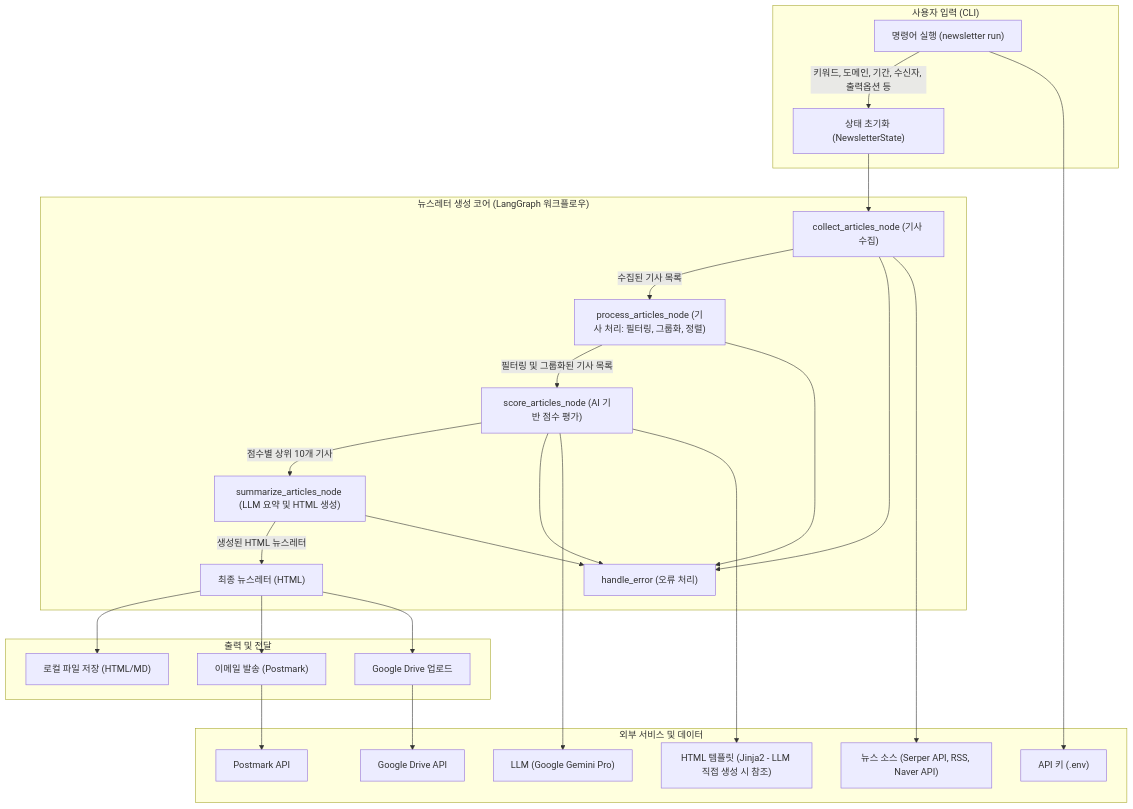
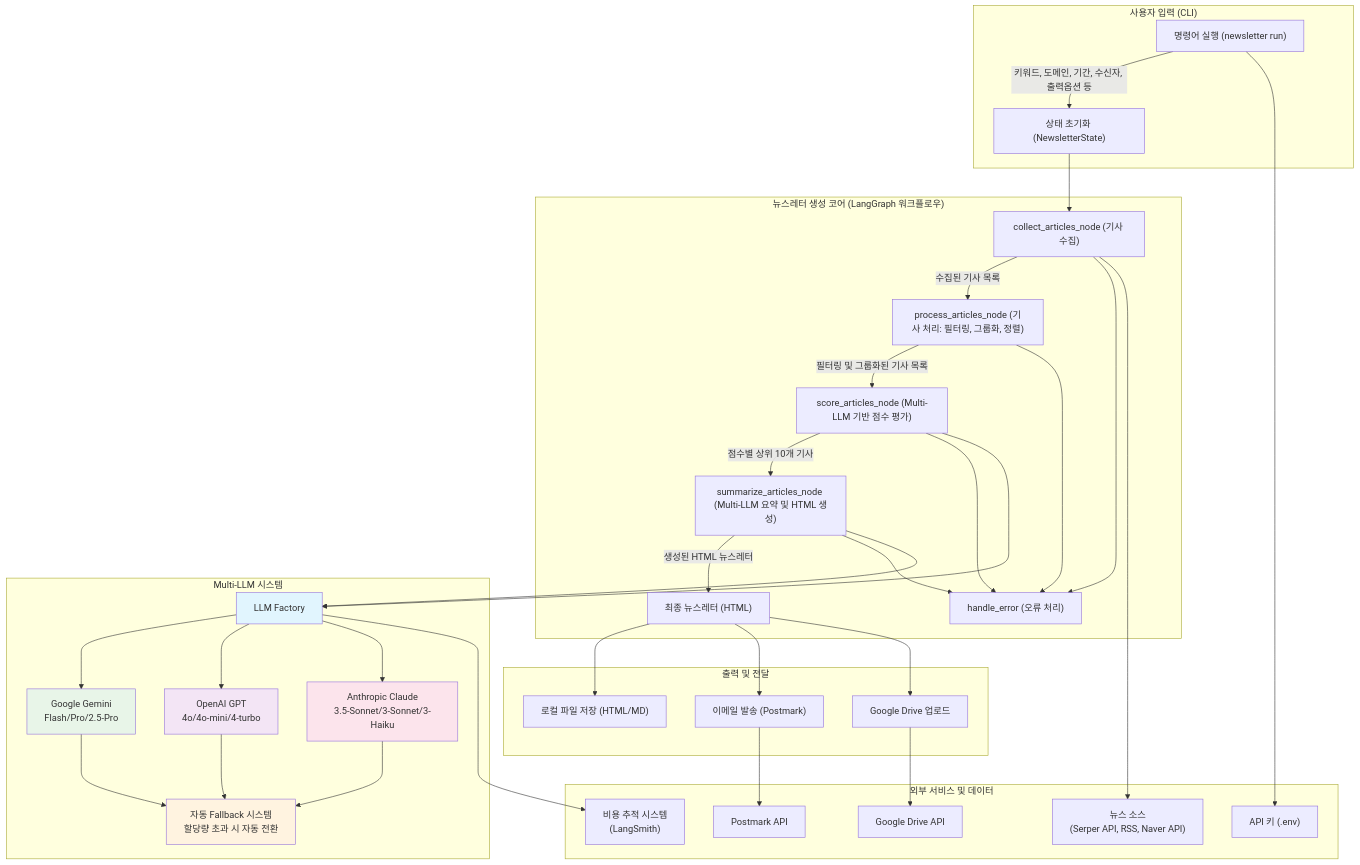
One commit to hjjung-katech/newsletter-generator changed the first of 2 diagrams in docs/ARCHITECTURE.md. Above: the diagram before and after it, drawn with Mermaid. The commit also changed other lines of this file and 6 other files, not shown here.

````diff
--- a/docs/ARCHITECTURE.md
+++ b/docs/ARCHITECTURE.md
@@ -114,47 +195,65 @@
 ```mermaid
 flowchart TD
     subgraph "사용자 입력 (CLI)"
         A1["명령어 실행 (newsletter run)"]
         A1 -- 키워드, 도메인, 기간, 수신자, 출력옵션 등 --> B
     end
 
     subgraph "뉴스레터 생성 코어 (LangGraph 워크플로우)"
         B["상태 초기화 (NewsletterState)"] --> C1
         C1["collect_articles_node (기사 수집)"]
         C1 -- 수집된 기사 목록 --> C2
         C2["process_articles_node (기사 처리: 필터링, 그룹화, 정렬)"]
         C2 -- 필터링 및 그룹화된 기사 목록 --> C3
-        C3["score_articles_node (AI 기반 점수 평가)"]
+        C3["score_articles_node (Multi-LLM 기반 점수 평가)"]
         C3 -- 점수별 상위 10개 기사 --> C4
-        C4["summarize_articles_node (LLM 요약 및 HTML 생성)"]
+        C4["summarize_articles_node (Multi-LLM 요약 및 HTML 생성)"]
         C4 -- 생성된 HTML 뉴스레터 --> D
         C_ERR["handle_error (오류 처리)"]
         C1 --> C_ERR
         C2 --> C_ERR
         C3 --> C_ERR
         C4 --> C_ERR
+    end
+
+    subgraph "Multi-LLM 시스템"
+        LLM_FACTORY["LLM Factory"]
+        LLM_FACTORY --> GEMINI["Google Gemini<br/>Flash/Pro/2.5-Pro"]
+        LLM_FACTORY --> OPENAI["OpenAI GPT<br/>4o/4o-mini/4-turbo"]
+        LLM_FACTORY --> ANTHROPIC["Anthropic Claude<br/>3.5-Sonnet/3-Sonnet/3-Haiku"]
+        
+        FALLBACK["자동 Fallback 시스템<br/>할당량 초과 시 자동 전환"]
+        GEMINI --> FALLBACK
+        OPENAI --> FALLBACK
+        ANTHROPIC --> FALLBACK
     end
 
     subgraph "출력 및 전달"
         D["최종 뉴스레터 (HTML)"]
         D --> E1["로컬 파일 저장 (HTML/MD)"]
         D --> E2["이메일 발송 (Postmark)"]
         D --> E3["Google Drive 업로드"]
     end
 
     subgraph "외부 서비스 및 데이터"
-        S1["뉴스 소스 (Serper API, RSS, Naver API)"]
-        S2["LLM (Google Gemini Pro)"]
-        S3["HTML 템플릿 (Jinja2 - LLM 직접 생성 시 참조)"]
+        S1["뉴스 소스<br/>(Serper API, RSS, Naver API)"]
         S4["API 키 (.env)"]
         S5["Google Drive API"]
         S6["Postmark API"]
+        S7["비용 추적 시스템<br/>(LangSmith)"]
     end
 
     C1 --> S1
-    C3 --> S2
-    C3 --> S3
+    C3 --> LLM_FACTORY
+    C4 --> LLM_FACTORY
+    LLM_FACTORY --> S7
     A1 --> S4
     E3 --> S5
     E2 --> S6
+    
+    style LLM_FACTORY fill:#e1f5fe
+    style FALLBACK fill:#fff3e0
+    style GEMINI fill:#e8f5e8
+    style OPENAI fill:#f3e5f5
+    style ANTHROPIC fill:#fce4ec
 ```
````
